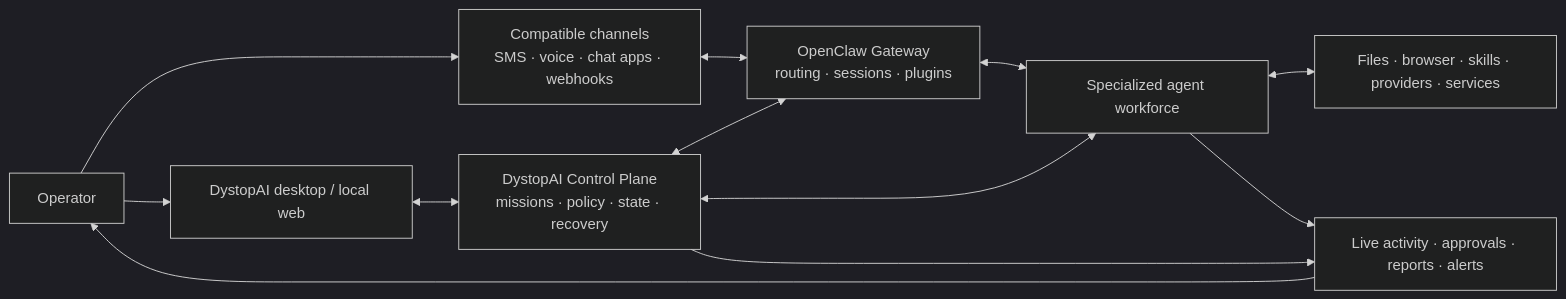
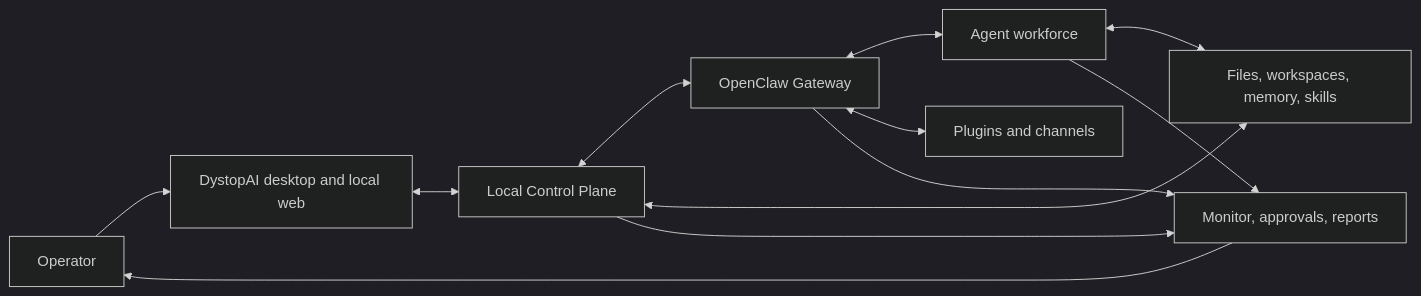
One commit to hotboysupreme12-hash/Automnia-AI-Nexus changed the first of 2 diagrams in README.md. Above: the diagram before and after it, drawn with Mermaid (dark theme). The commit also changed other lines of this file, not shown here.

Commit message:
Refine README architecture and user guide sections

````diff
--- a/README.md
+++ b/README.md
@@ -182,23 +261,23 @@
 ```mermaid
 flowchart LR
-  Operator["Operator"]
-  Desktop["DystopAI desktop / local web"]
-  Channels["Compatible channels<br/>SMS · voice · chat apps · webhooks"]
-  Gateway["OpenClaw Gateway<br/>routing · sessions · plugins"]
-  Control["DystopAI Control Plane<br/>missions · policy · state · recovery"]
-  Agents["Specialized agent workforce"]
-  Tools["Files · browser · skills · providers · services"]
-  Evidence["Live activity · approvals · reports · alerts"]
+  Operator[Operator]
+  App[DystopAI desktop and local web]
+  Control[Local Control Plane]
+  Gateway[OpenClaw Gateway]
+  Agents[Agent workforce]
+  Plugins[Plugins and channels]
+  Workspaces[Files, workspaces, memory, skills]
+  Monitor[Monitor, approvals, reports]
 
-  Operator --> Desktop
-  Operator --> Channels
-  Desktop <--> Control
-  Channels <--> Gateway
+  Operator --> App
+  App <--> Control
   Control <--> Gateway
   Gateway <--> Agents
-  Control <--> Agents
-  Agents <--> Tools
-  Agents --> Evidence
-  Control --> Evidence
-  Evidence --> Operator
+  Gateway <--> Plugins
+  Agents <--> Workspaces
+  Control <--> Workspaces
+  Control --> Monitor
+  Gateway --> Monitor
+  Agents --> Monitor
+  Monitor --> Operator
 ```
````
